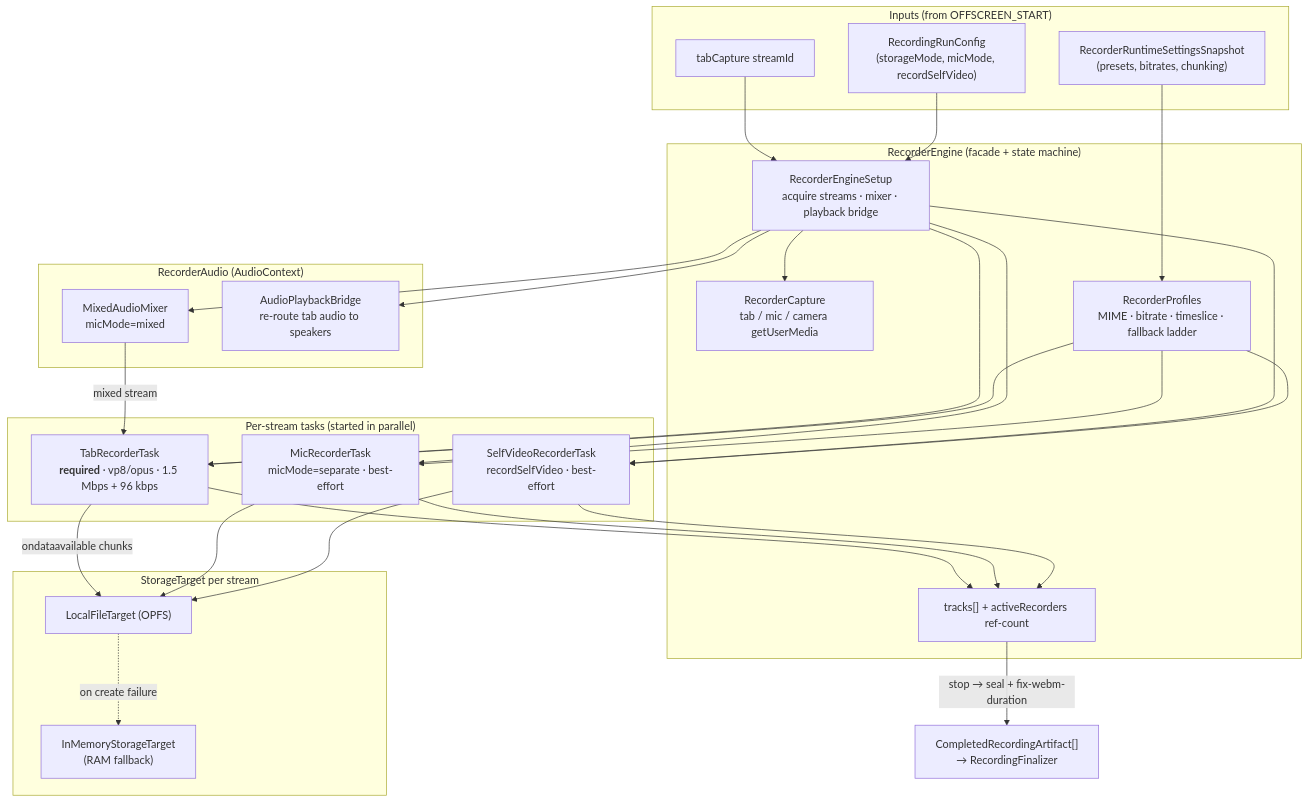
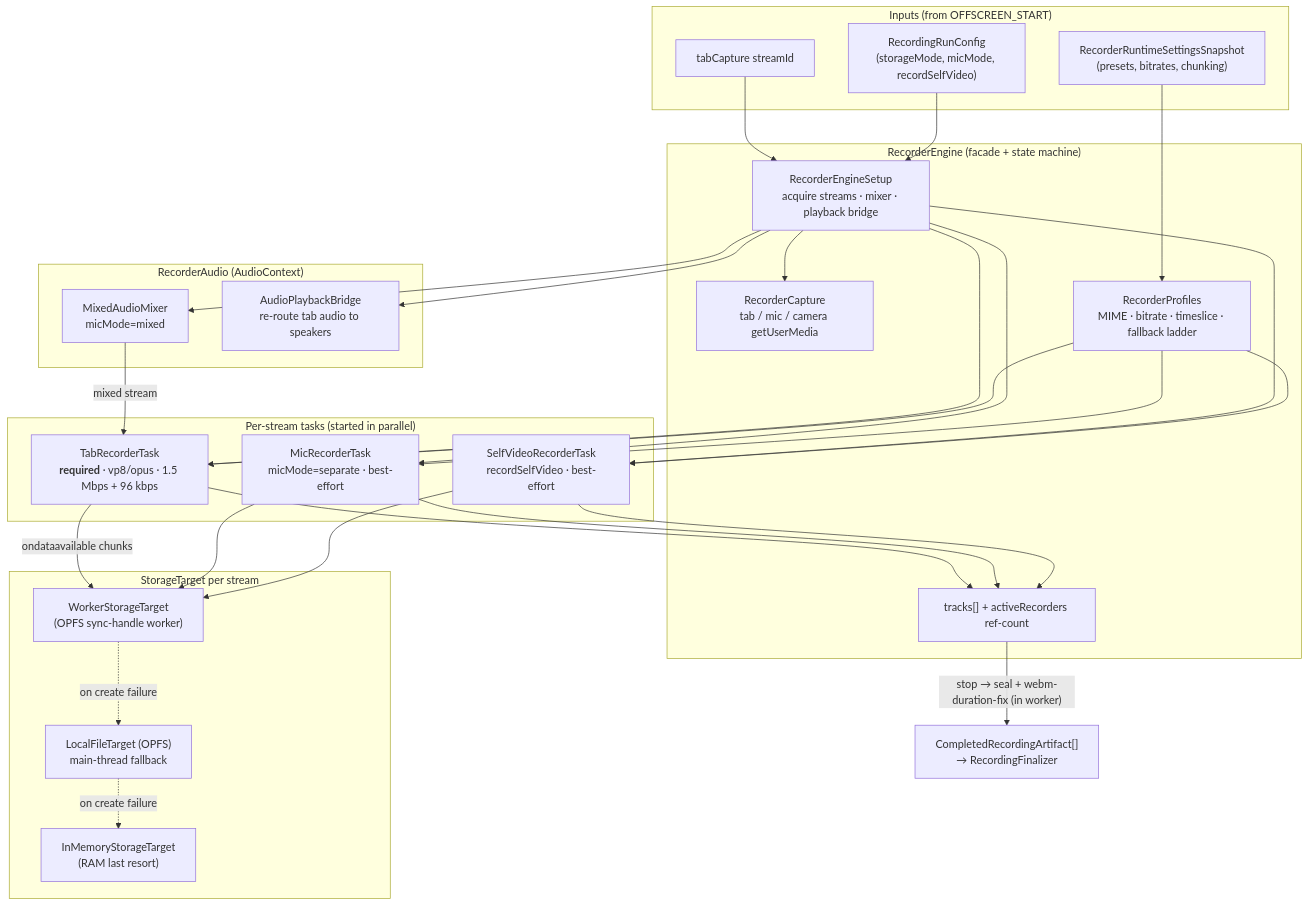
One commit to kstroevsky/chrome-meeting-recording-extension changed the seventh of 17 diagrams in README.md. Above: the diagram before and after it, drawn with Mermaid. The commit also changed other lines of this file and 1 other file, not shown here.

````diff
--- a/README.md
+++ b/README.md
@@ -1333,55 +1337,57 @@
 ```mermaid
 flowchart TB
     subgraph IN["Inputs (from OFFSCREEN_START)"]
         SID["tabCapture streamId"]
         RC["RecordingRunConfig<br/>(storageMode, micMode, recordSelfVideo)"]
         RS["RecorderRuntimeSettingsSnapshot<br/>(presets, bitrates, chunking)"]
     end
 
     subgraph ENGINE["RecorderEngine (facade + state machine)"]
         SETUP["RecorderEngineSetup<br/>acquire streams · mixer · playback bridge"]
         CAP["RecorderCapture<br/>tab / mic / camera getUserMedia"]
         PROF["RecorderProfiles<br/>MIME · bitrate · timeslice · fallback ladder"]
         TRACKS["tracks[] + activeRecorders ref-count"]
     end
 
     subgraph TASKS["Per-stream tasks (started in parallel)"]
         TAB["TabRecorderTask<br/><b>required</b> · vp8/opus · 1.5 Mbps + 96 kbps"]
         MICT["MicRecorderTask<br/>micMode=separate · best-effort"]
         SV["SelfVideoRecorderTask<br/>recordSelfVideo · best-effort"]
     end
 
     subgraph AUDIO["RecorderAudio (AudioContext)"]
         MIX["MixedAudioMixer<br/>micMode=mixed"]
         BR["AudioPlaybackBridge<br/>re-route tab audio to speakers"]
     end
 
     subgraph STORE["StorageTarget per stream"]
-        OPFS["LocalFileTarget (OPFS)"]
-        MEM["InMemoryStorageTarget<br/>(RAM fallback)"]
+        WST["WorkerStorageTarget<br/>(OPFS sync-handle worker)"]
+        OPFS["LocalFileTarget (OPFS)<br/>main-thread fallback"]
+        MEM["InMemoryStorageTarget<br/>(RAM last resort)"]
     end
 
     OUT["CompletedRecordingArtifact[]<br/>→ RecordingFinalizer"]
 
     SID --> SETUP
     RC --> SETUP
     RS --> PROF
     SETUP --> CAP
     SETUP --> MIX
     SETUP --> BR
     SETUP --> TAB
     SETUP --> MICT
     SETUP --> SV
     PROF --> TAB
     PROF --> MICT
     PROF --> SV
     TAB --> TRACKS
     MICT --> TRACKS
     SV --> TRACKS
     MIX -->|mixed stream| TAB
-    TAB -->|ondataavailable chunks| OPFS
-    MICT --> OPFS
-    SV --> OPFS
+    TAB -->|ondataavailable chunks| WST
+    MICT --> WST
+    SV --> WST
+    WST -. on create failure .-> OPFS
     OPFS -. on create failure .-> MEM
-    TRACKS -->|"stop → seal + fix-webm-duration"| OUT
+    TRACKS -->|"stop → seal + webm-duration-fix (in worker)"| OUT
 ```
````
